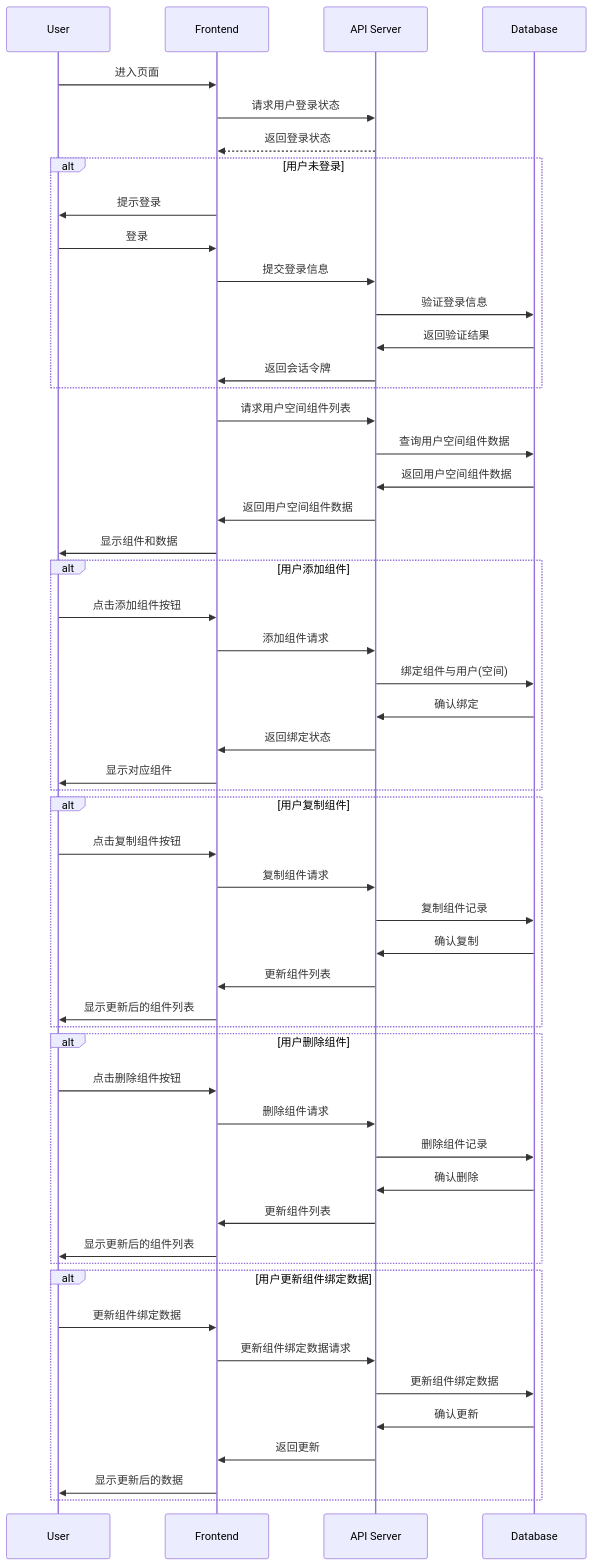
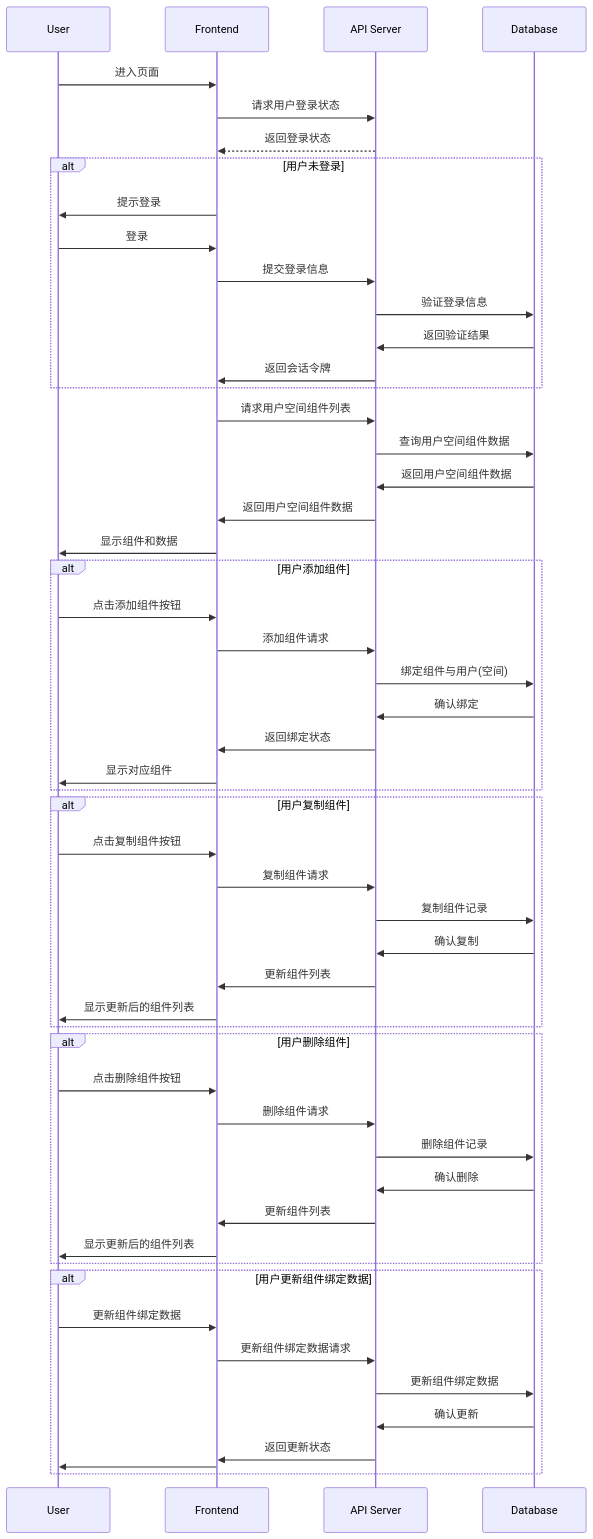
Before and after one commit to yingjianzh/iodraw-files: the diagram in all/未命名-7.md, drawn with Mermaid.

Commit message:
2024-10-09 10:29:36 update

````diff
--- a/all/未命名-7.md
+++ b/all/未命名-7.md
@@ -1,62 +1,62 @@
 ```mermaid
 sequenceDiagram
     participant User
     participant Frontend
     participant API Server
     participant Database
 
     User->>Frontend: 进入页面
     Frontend->>API Server: 请求用户登录状态
     API Server-->>Frontend: 返回登录状态
     alt 用户未登录
         Frontend->>User: 提示登录
         User->>Frontend: 登录
         Frontend->>API Server: 提交登录信息
         API Server->>Database: 验证登录信息
         Database->>API Server: 返回验证结果
         API Server->>Frontend: 返回会话令牌
     end
 
     Frontend->>API Server: 请求用户空间组件列表
     API Server->>Database: 查询用户空间组件数据
     Database->>API Server: 返回用户空间组件数据
     API Server->>Frontend: 返回用户空间组件数据
     Frontend->>User: 显示组件和数据
 
     alt 用户添加组件
         User->>Frontend: 点击添加组件按钮
         Frontend->>API Server: 添加组件请求
         API Server->>Database: 绑定组件与用户(空间)
         Database->>API Server: 确认绑定
         API Server->>Frontend: 返回绑定状态
         Frontend->>User: 显示对应组件
     end
 
     alt 用户复制组件
         User->>Frontend: 点击复制组件按钮
         Frontend->>API Server: 复制组件请求
         API Server->>Database: 复制组件记录
         Database->>API Server: 确认复制
         API Server->>Frontend: 更新组件列表
         Frontend->>User: 显示更新后的组件列表
     end
 
     alt 用户删除组件
         User->>Frontend: 点击删除组件按钮
         Frontend->>API Server: 删除组件请求
         API Server->>Database: 删除组件记录
         Database->>API Server: 确认删除
         API Server->>Frontend: 更新组件列表
         Frontend->>User: 显示更新后的组件列表
     end
 
     alt 用户更新组件绑定数据
         User->>Frontend: 更新组件绑定数据
         Frontend->>API Server: 更新组件绑定数据请求
         API Server->>Database: 更新组件绑定数据
         Database->>API Server: 确认更新
-        API Server->>Frontend: 返回更新
-        Frontend->>User: 显示更新后的数据
+        API Server->>Frontend: 返回更新状态
+        Frontend->>User: 
     end
 
 ```
````
